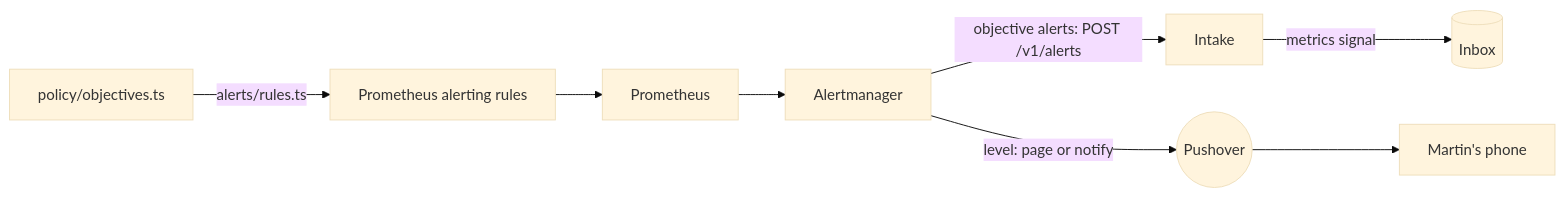
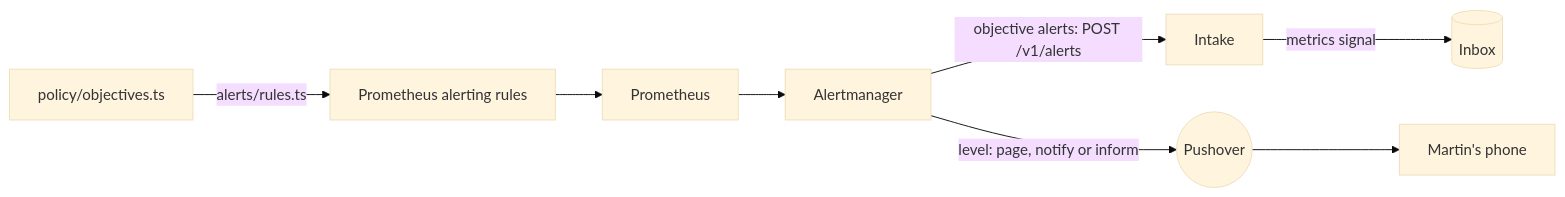
Before and after one commit to mrogan/cv-software-factory: the diagram in docs/COMPONENTS/ALERTING.md, drawn with Mermaid (base theme). The commit also changed other lines of this file and 7 other files, not shown here.

````diff
--- a/docs/COMPONENTS/ALERTING.md
+++ b/docs/COMPONENTS/ALERTING.md
@@ -8,9 +8,9 @@
 ```mermaid
 flowchart LR
   objectives["policy/objectives.ts"] -- alerts/rules.ts --> rules[Prometheus alerting rules]
   rules --> prometheus[Prometheus]
   prometheus --> alertmanager[Alertmanager]
   alertmanager -- "objective alerts: POST /v1/alerts" --> intake[Intake]
   intake -- metrics signal --> inbox[(Inbox)]
-  alertmanager -- "level: page or notify" --> pushover((Pushover)) --> phone[Martin's phone]
+  alertmanager -- "level: page, notify or inform" --> pushover((Pushover)) --> phone[Martin's phone]
 ```
````
